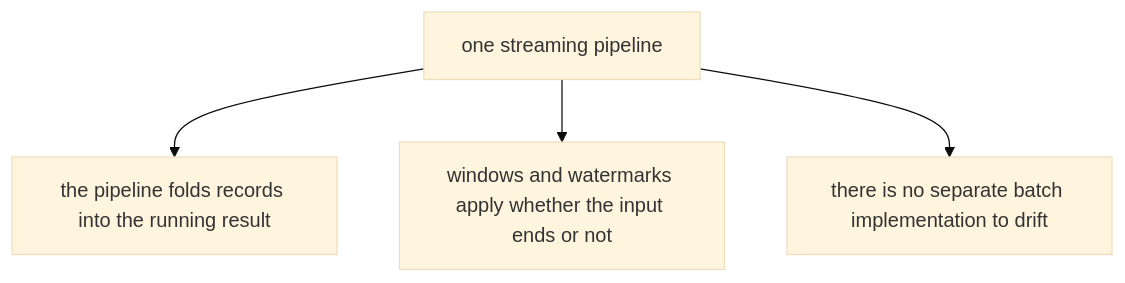
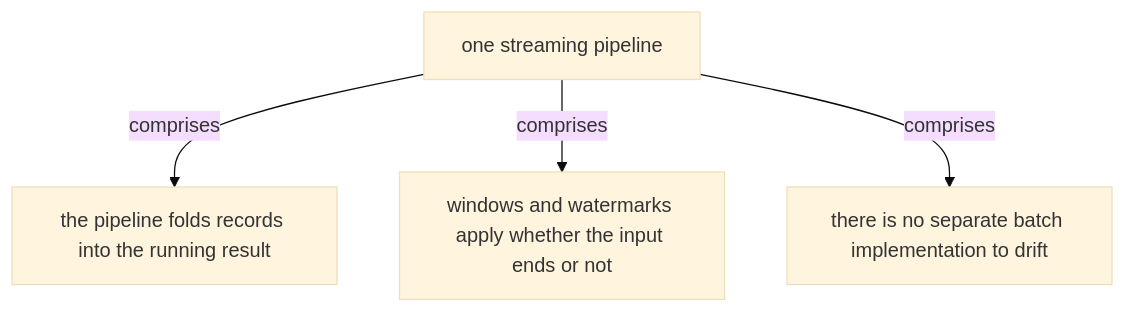
One commit to vinayakuber/streaming-systems-study-guide changed the fifth of 19 diagrams in docs/ch10-the-evolution-of-large-scale-data-processing.md. Above: the diagram before and after it, drawn with Mermaid (base theme). The commit also changed other lines of this file and 22 other files, not shown here.

First line of the commit message:
R18: label every diagram arrow with its meaning

````diff
--- a/docs/ch10-the-evolution-of-large-scale-data-processing.md
+++ b/docs/ch10-the-evolution-of-large-scale-data-processing.md
@@ -155,7 +155,7 @@
 ```mermaid
 flowchart TD
   R["one streaming pipeline"]
-  R --> P0["the pipeline folds records into the running result"]
-  R --> P1["windows and watermarks apply whether the input ends or not"]
-  R --> P2["there is no separate batch implementation to drift"]
+  R -->|"comprises"| P0["the pipeline folds records into the running result"]
+  R -->|"comprises"| P1["windows and watermarks apply whether the input ends or not"]
+  R -->|"comprises"| P2["there is no separate batch implementation to drift"]
 ```
````
